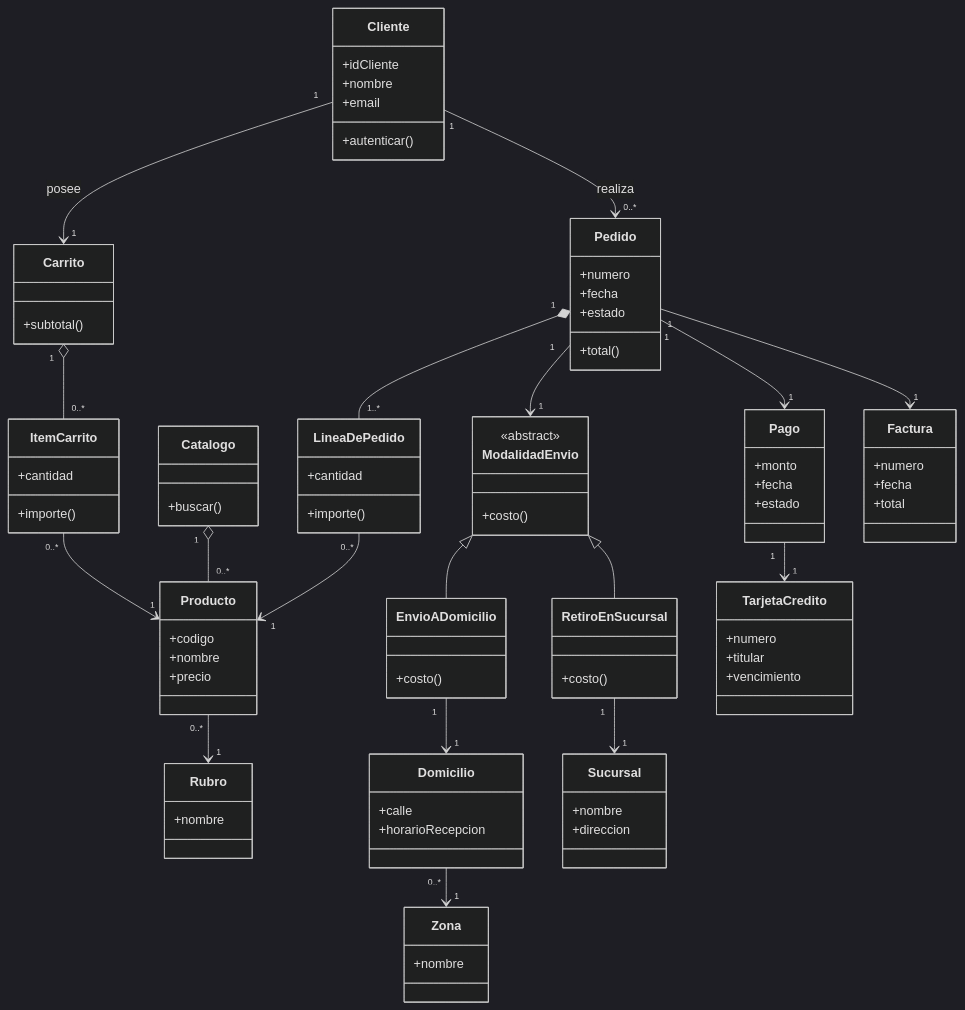
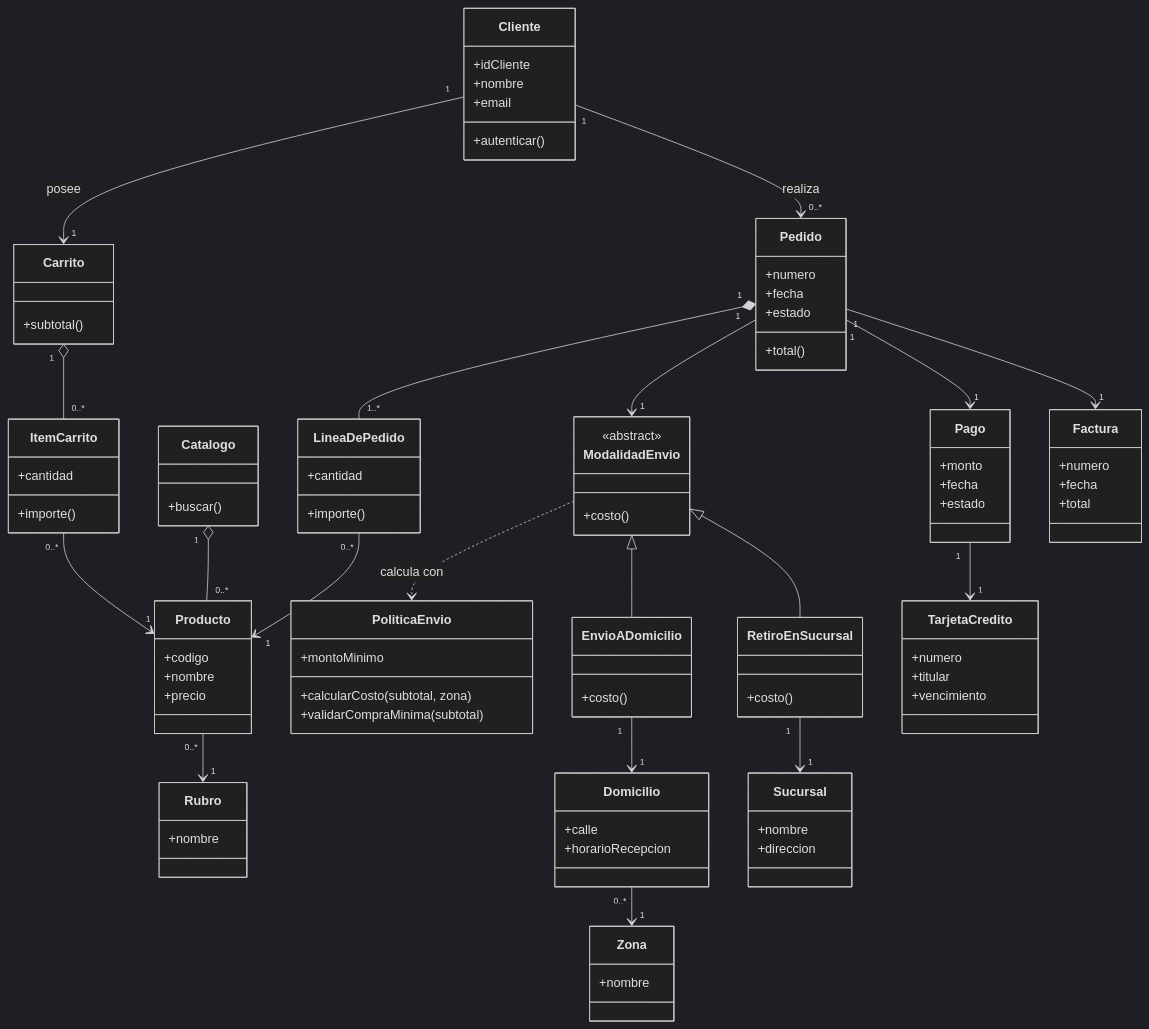
One commit to unlam-informatica/diseno-de-software changed the third of 6 diagrams in practicas/practica-1.md. Above: the diagram before and after it, drawn with Mermaid. The commit also changed other lines of this file and 5 other files, not shown here.

Commit message:
mermaid zoom y practica 2

```diff
--- a/practicas/practica-1.md
+++ b/practicas/practica-1.md
@@ -271,6 +280,11 @@
     class ModalidadEnvio {
       <<abstract>>
       +costo()
+    }
+    class PoliticaEnvio {
+      +montoMinimo
+      +calcularCosto(subtotal, zona)
+      +validarCompraMinima(subtotal)
     }
     class EnvioADomicilio {
       +costo()
@@ -314,6 +328,7 @@
     Pedido "1" *-- "1..*" LineaDePedido
     LineaDePedido "0..*" --> "1" Producto
     Pedido "1" --> "1" ModalidadEnvio
+    ModalidadEnvio ..> PoliticaEnvio : calcula con
     ModalidadEnvio <|-- EnvioADomicilio
     ModalidadEnvio <|-- RetiroEnSucursal
     EnvioADomicilio "1" --> "1" Domicilio
```
